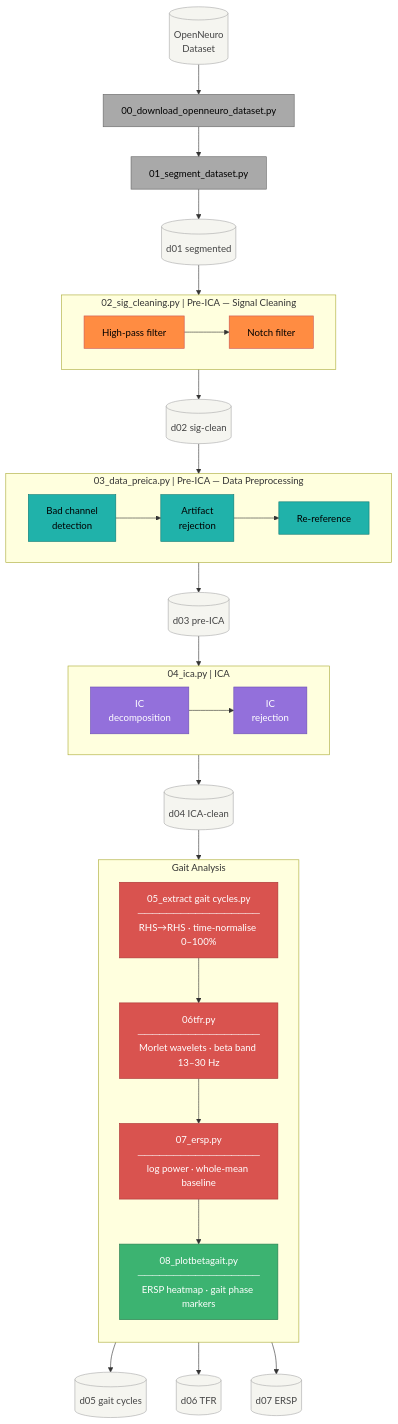
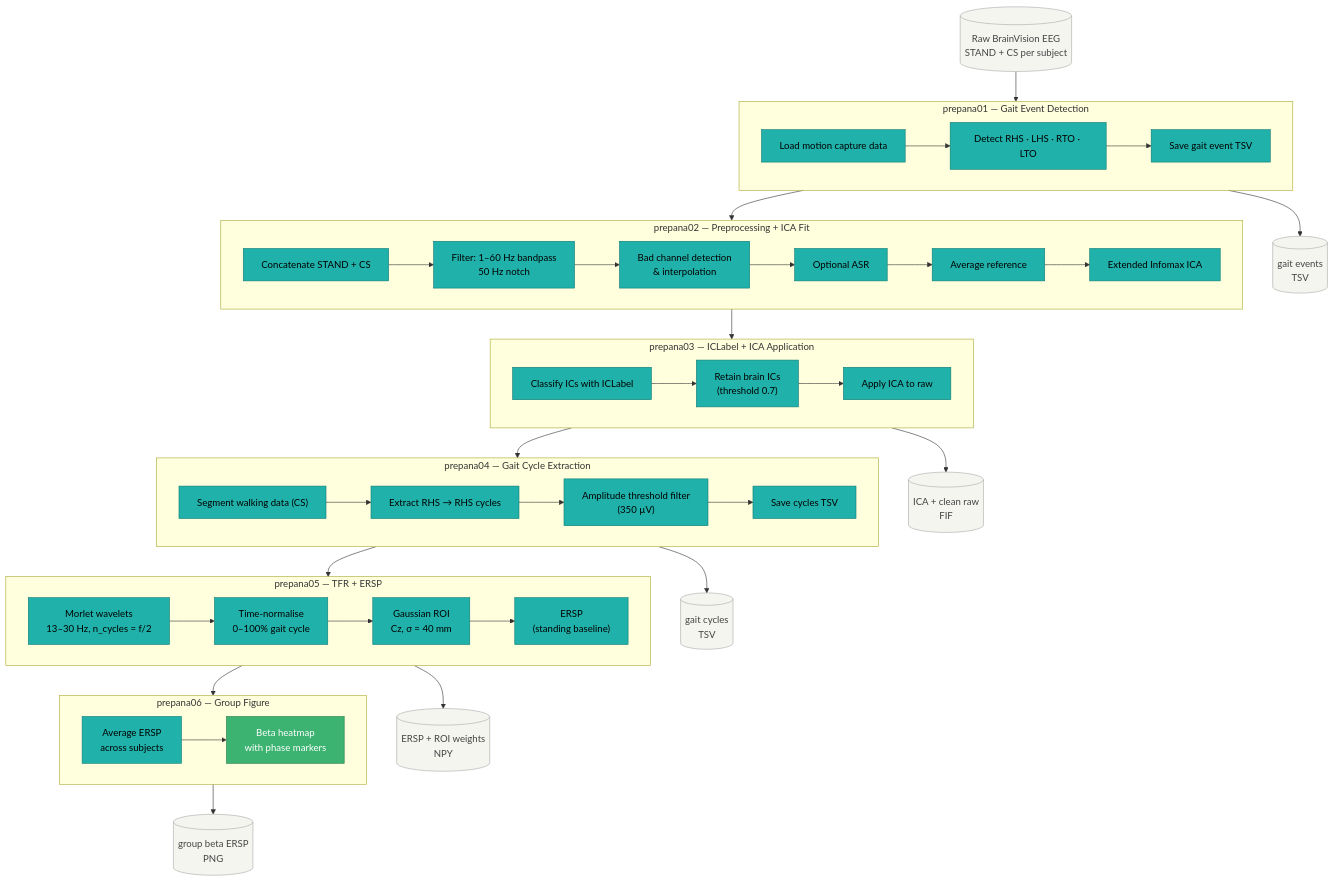
One commit to vaishvd/betaGaitMultiverse changed the first of 2 diagrams in readme.md. Above: the diagram before and after it, drawn with Mermaid. The commit also changed other lines of this file, not shown here.

Commit message:
Refactor README to enhance clarity and structure; streamline scientific background and overview sections, and update dataset and analysis pipeline descriptions.

````diff
--- a/readme.md
+++ b/readme.md
@@ -95,74 +175,69 @@
 ```mermaid
 flowchart TD
 
-%% ── RAW DATA ──────────────────────────────────────────────
-D0[(OpenNeuro\nDataset)]:::store
-A["00_download_openneuro_dataset.py"]:::raw
-B["01_segment_dataset.py"]:::raw
+D0[(Raw BrainVision EEG\nSTAND + CS per subject)]:::store
 
-D0 --> A --> B
-B --> D1[(d01 segmented)]:::store
-
-%% ── PRE-ICA SIGNAL CLEANING ───────────────────────────────
-subgraph SIG[" 02_sig_cleaning.py |  Pre-ICA — Signal Cleaning  "]
-  direction LR
-  C1["High-pass filter"]:::sig
-  C2["Notch filter"]:::sig
-  C1 --> C2 
+subgraph S1["prepana01 — Gait Event Detection"]
+  A1["Load motion capture data"]:::step
+  A2["Detect RHS · LHS · RTO · LTO"]:::step
+  A3["Save gait event TSV"]:::step
+  A1 --> A2 --> A3
 end
 
-D1 --> SIG
-SIG --> D2[(d02 sig-clean)]:::store
-
-%% ── PRE-ICA DATA PREPROCESSING ────────────────────────────
-subgraph PRE[" 03_data_preica.py |  Pre-ICA — Data Preprocessing  "]
-  direction LR
-  D_a["Bad channel\ndetection"]:::pre
-  D_b["Artifact\nrejection"]:::pre
-  D_c["Re-reference"]:::pre
-  D_a --> D_b --> D_c
+subgraph S2["prepana02 — Preprocessing + ICA Fit"]
+  B1["Concatenate STAND + CS"]:::step
+  B2["Filter: 1–60 Hz bandpass\n50 Hz notch"]:::step
+  B3["Bad channel detection\n& interpolation"]:::step
+  B4["Optional ASR"]:::step
+  B5["Average reference"]:::step
+  B6["Extended Infomax ICA"]:::step
+  B1 --> B2 --> B3 --> B4 --> B5 --> B6
 end
 
-D2 --> PRE
-PRE --> D3[(d03 pre-ICA)]:::store
-
-%% ── ICA ───────────────────────────────────────────────────
-subgraph ICA_BLK[" 04_ica.py |  ICA  "]
-  direction LR
-  E1["IC\ndecomposition"]:::ica
-  E2["IC\nrejection"]:::ica
-  E1 --> E2
+subgraph S3["prepana03 — ICLabel + ICA Application"]
+  C1["Classify ICs with ICLabel"]:::step
+  C2["Retain brain ICs\n(threshold 0.7)"]:::step
+  C3["Apply ICA to raw"]:::step
+  C1 --> C2 --> C3
 end
 
-D3 --> ICA_BLK
-ICA_BLK --> D4[(d04 ICA-clean)]:::store
-
-%% ── GAIT ANALYSIS ─────────────────────────────────────────
-subgraph GAIT["  Gait Analysis  "]
-  direction TB
-  F["05_extract gait cycles.py\n─────────────────\nRHS→RHS · time-normalise 0–100%"]:::post
-  G["06tfr.py\n─────────────────\nMorlet wavelets · beta band 13–30 Hz"]:::post
-  H["07_ersp.py\n─────────────────\nlog power · whole-mean baseline"]:::post
-  I["08_plotbetagait.py\n─────────────────\nERSP heatmap · gait phase markers"]:::out
-  F --> G --> H --> I
+subgraph S4["prepana04 — Gait Cycle Extraction"]
+  D1["Segment walking data (CS)"]:::step
+  D2["Extract RHS → RHS cycles"]:::step
+  D3["Amplitude threshold filter\n(350 µV)"]:::step
+  D4["Save cycles TSV"]:::step
+  D1 --> D2 --> D3 --> D4
 end
 
-D4 --> GAIT
+subgraph S5["prepana05 — TFR + ERSP"]
+  E1["Morlet wavelets\n13–30 Hz, n_cycles = f/2"]:::step
+  E2["Time-normalise\n0–100% gait cycle"]:::step
+  E3["Gaussian ROI\nCz, σ = 40 mm"]:::step
+  E4["ERSP\n(standing baseline)"]:::step
+  E1 --> E2 --> E3 --> E4
+end
 
-D5[(d05 gait cycles)]:::store
-D6[(d06 TFR)]:::store
-D7[(d07 ERSP)]:::store
+subgraph S6["prepana06 — Group Figure"]
+  F1["Average ERSP\nacross subjects"]:::step
+  F2["Beta heatmap\nwith phase markers"]:::out
+  F1 --> F2
+end
 
-F --> D5
-G --> D6
-H --> D7
+D0 --> S1 --> S2 --> S3 --> S4 --> S5 --> S6
 
-%% ── STYLING ───────────────────────────────────────────────
-classDef raw  fill:#A9A9A9,stroke:#666,color:#000
-classDef sig  fill:#FF8C42,stroke:#c55,color:#000
-classDef pre  fill:#20B2AA,stroke:#0e7a74,color:#000
-classDef ica  fill:#9370DB,stroke:#6a4db5,color:#fff
-classDef post fill:#D9534F,stroke:#a33,color:#fff
-classDef out  fill:#3CB371,stroke:#277a4d,color:#fff
+D1e[(gait events\nTSV)]:::store
+D2e[(ICA + clean raw\nFIF)]:::store
+D3e[(gait cycles\nTSV)]:::store
+D4e[(ERSP + ROI weights\nNPY)]:::store
+D5e[(group beta ERSP\nPNG)]:::store
+
+S1 --> D1e
+S3 --> D2e
+S4 --> D3e
+S5 --> D4e
+S6 --> D5e
+
+classDef step  fill:#20B2AA,stroke:#0e7a74,color:#000
+classDef out   fill:#3CB371,stroke:#277a4d,color:#fff
 classDef store fill:#f5f5f0,stroke:#aaa,color:#444
 ```
````
